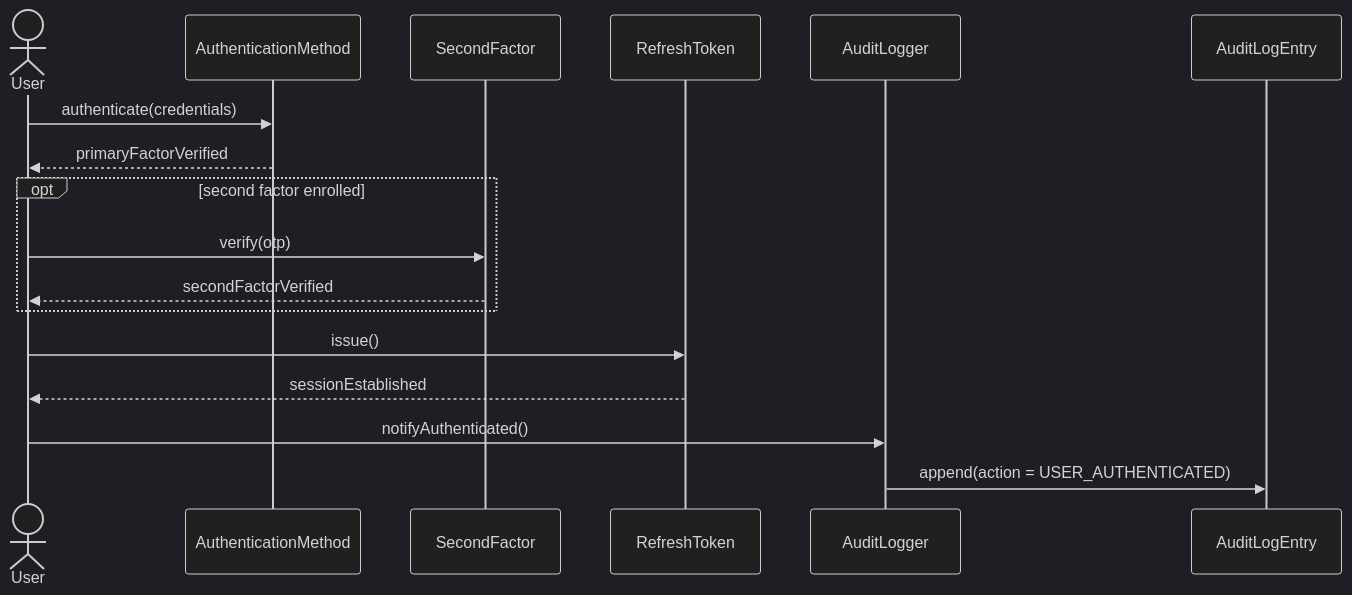
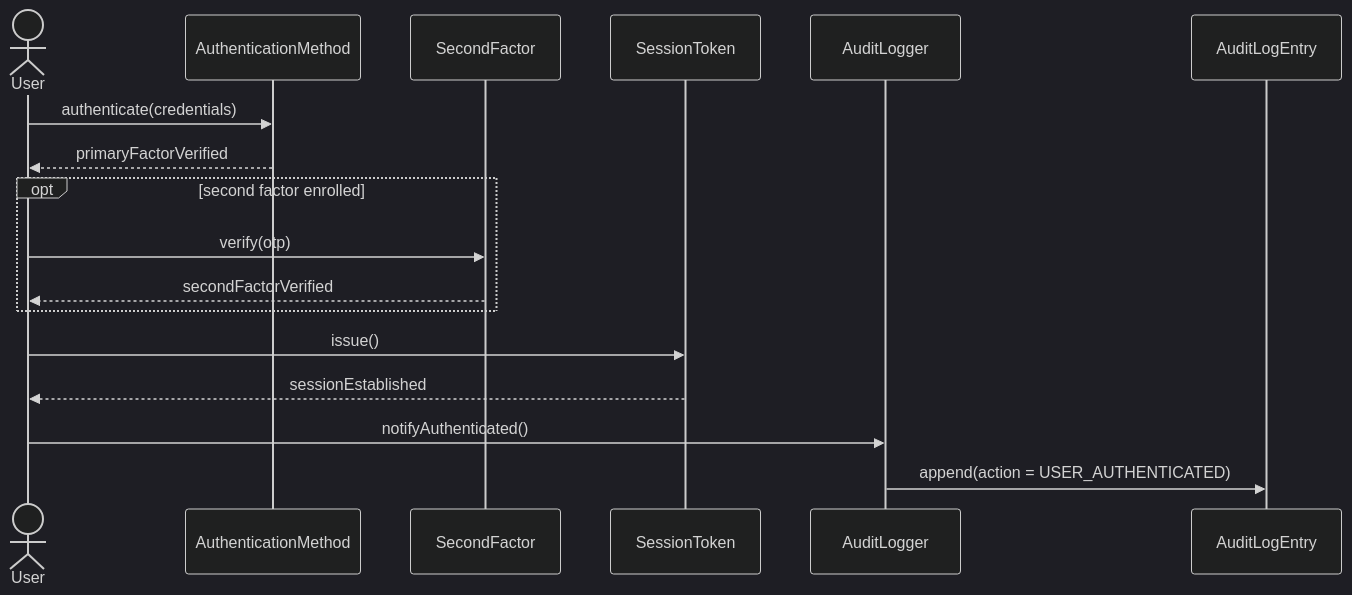
The seventh of 16 diagrams in docs/CMMS-AnalysisWorkflow.md (mariogarcia79/cmms-platform), drawn with Mermaid (dark theme) before and after one commit. The commit also changed other lines of this file, not shown here.

````diff
--- a/docs/CMMS-AnalysisWorkflow.md
+++ b/docs/CMMS-AnalysisWorkflow.md
@@ -323,19 +335,19 @@
 ```mermaid
 sequenceDiagram
     actor User
     participant Auth as AuthenticationMethod
     participant SecondFactor
-    participant RefreshToken
+    participant SessionToken
     participant Auditor as AuditLogger
 
     User->>Auth: authenticate(credentials)
     Auth-->>User: primaryFactorVerified
     opt second factor enrolled
         User->>SecondFactor: verify(otp)
         SecondFactor-->>User: secondFactorVerified
     end
-    User->>RefreshToken: issue()
-    RefreshToken-->>User: sessionEstablished
+    User->>SessionToken: issue()
+    SessionToken-->>User: sessionEstablished
     User->>Auditor: notifyAuthenticated()
     Auditor->>AuditLogEntry: append(action = USER_AUTHENTICATED)
 ```
````
